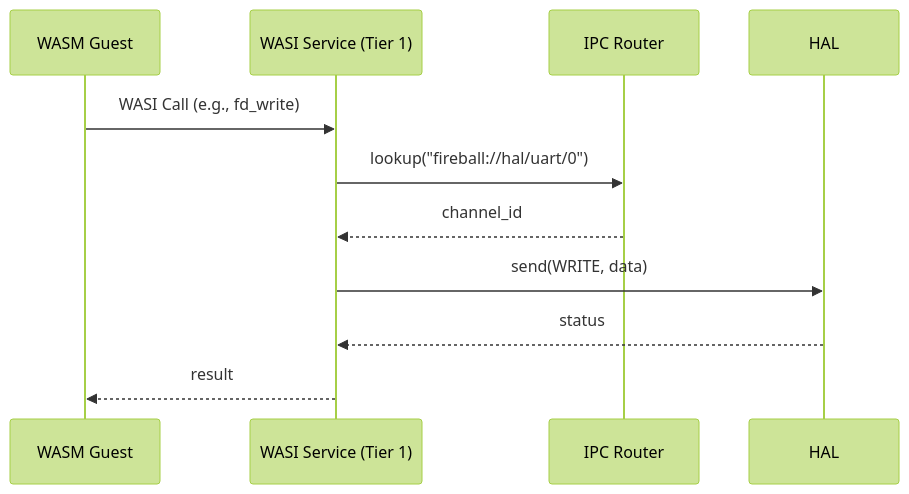
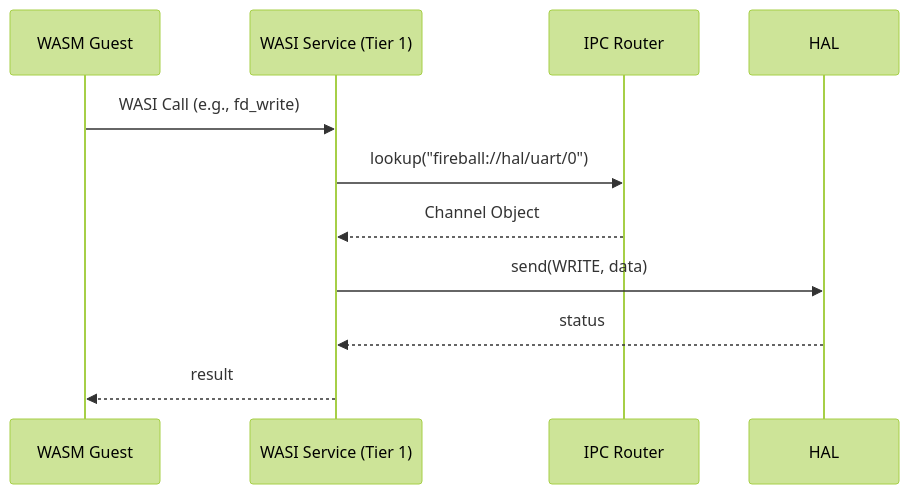
One commit to kmt-t/fireball changed the third of 3 diagrams in docs/components/tier1_interface/system_service.md. Above: the diagram before and after it, drawn with Mermaid (forest theme). The commit also changed other lines of this file and 18 other files, not shown here.

Commit message:
docs: harmonize component diagrams, state transitions, and symlinks across specifications

````diff
--- a/docs/components/tier1_interface/system_service.md
+++ b/docs/components/tier1_interface/system_service.md
@@ -72,14 +79,14 @@
 ```mermaid
 sequenceDiagram
     participant G as WASM Guest
     participant S as WASI Service (Tier 1)
     participant R as IPC Router
     participant H as HAL
 
     G->>S: WASI Call (e.g., fd_write)
     S->>R: lookup("fireball://hal/uart/0")
-    R-->>S: channel_id
+    R-->>S: Channel Object
     S->>H: send(WRITE, data)
     H-->>S: status
     S-->>G: result
 ```
````
